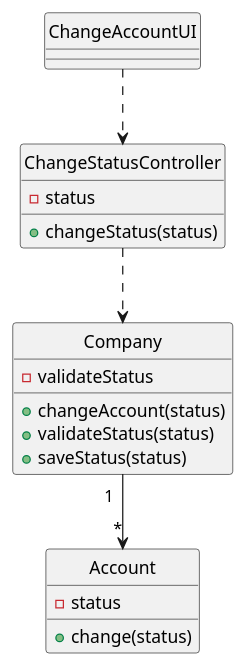
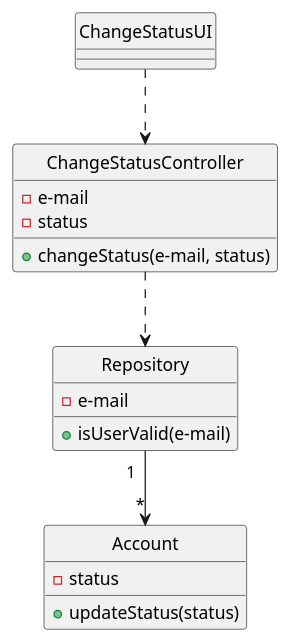
Before and after one commit to Loracline/project_switch_22-23: the diagram in docs/modelling_design/user_stories/us005/US005_Class_Diagram.puml, drawn with PlantUML. The commit also changed 1 other file, not shown here.

Commit message:
US 005: Project: OO Design US number: 005 Discipline/phase: OO Design. Use cases: update Sequence Diagram and Class Diagram.

```diff
--- a/docs/modelling_design/user_stories/us005/US005_Class_Diagram.puml
+++ b/docs/modelling_design/user_stories/us005/US005_Class_Diagram.puml
@@ -1,33 +1,33 @@
 @startuml
 
-class "ChangeAccountUI"
+class "ChangeStatusUI"
 class "ChangeStatusController"
-class "Company"
+class "Repository"
 class "Account"
 
-"ChangeAccountUI" ..> "ChangeStatusController"
-"ChangeStatusController"  ..> "Company"
-"Company" "1  " -->"*" "Account"
+"ChangeStatusUI" ..> "ChangeStatusController"
+"ChangeStatusController"  ..> "Repository"
+"Repository" "1  " -->"*" "Account"
 
-class "Company"{
-+changeAccount(status)
-+validateStatus(status)
-+saveStatus(status)
--validateStatus
+class "ChangeStatusController"{
+- e-mail
+- status
++changeStatus(e-mail, status)
 }
-class "ChangeStatusController"{
-+changeStatus(status)
--status
+class "Repository"{
+-e-mail
++isUserValid(e-mail)
 }
 
+
 class Account{
-+ change(status)
--status
+- status
++ updateStatus(status)
 }
 
-hide "ChangeAccountUI" circle
+hide "ChangeStatusUI" circle
 hide "ChangeStatusController" circle
-hide "Company" circle
+hide "Repository" circle
 hide "Account" circle
 
 @enduml
```
